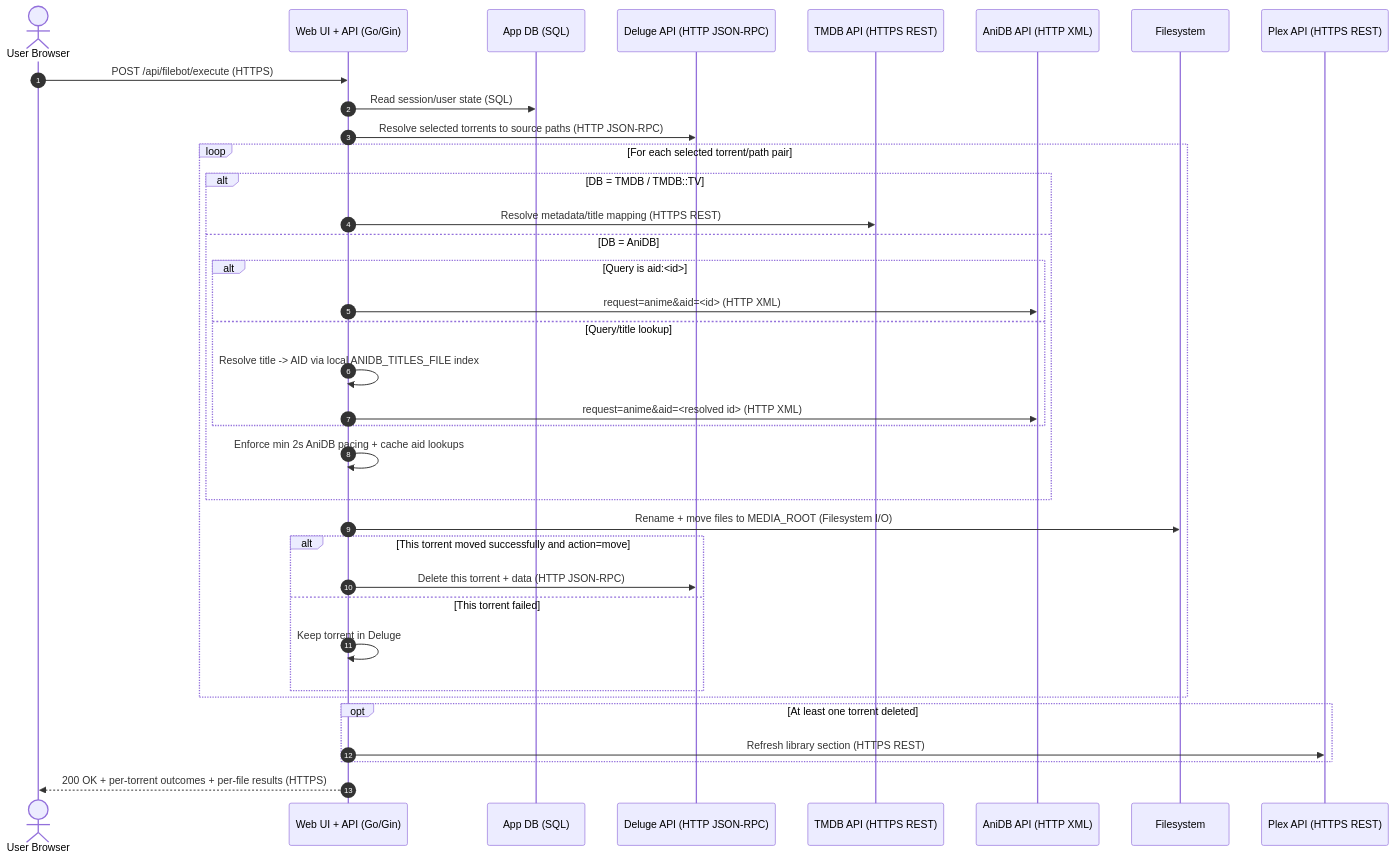
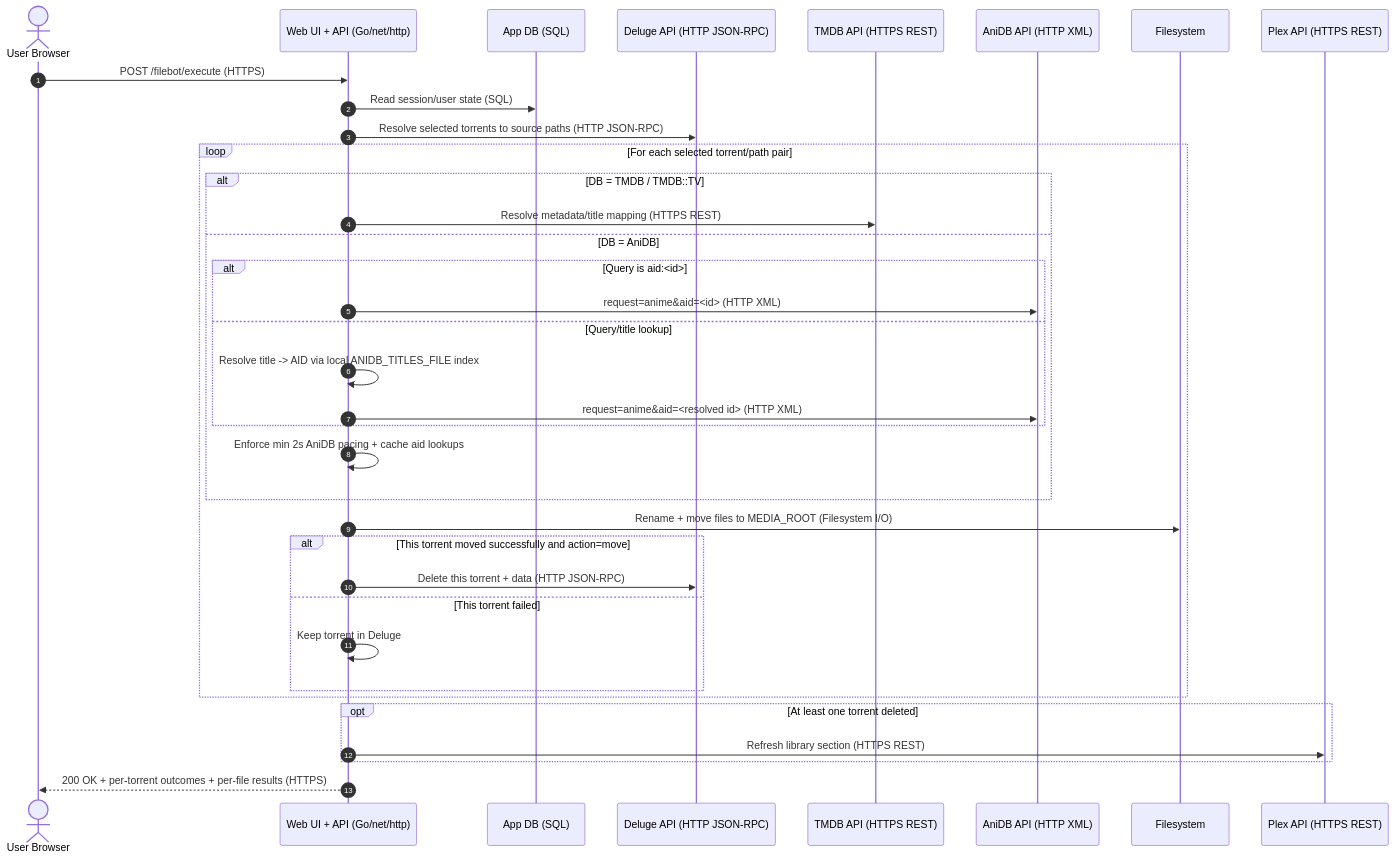
Before and after one commit to darknessnerd/filebot-webui: the second of 3 diagrams in doc/architecture.md, drawn with Mermaid. The commit also changed other lines of this file and 19 other files, not shown here.

````diff
--- a/doc/architecture.md
+++ b/doc/architecture.md
@@ -39,39 +39,39 @@
 ```mermaid
 sequenceDiagram
   autonumber
   actor User as User Browser
-  participant API as Web UI + API (Go/Gin)
+  participant API as Web UI + API (Go/net/http)
   participant DB as App DB (SQL)
   participant Deluge as Deluge API (HTTP JSON-RPC)
   participant TMDB as TMDB API (HTTPS REST)
   participant AniDB as AniDB API (HTTP XML)
   participant FS as Filesystem
   participant Plex as Plex API (HTTPS REST)
 
-  User->>API: POST /api/filebot/execute (HTTPS)
+  User->>API: POST /filebot/execute (HTTPS)
   API->>DB: Read session/user state (SQL)
   API->>Deluge: Resolve selected torrents to source paths (HTTP JSON-RPC)
   loop For each selected torrent/path pair
     alt DB = TMDB / TMDB::TV
       API->>TMDB: Resolve metadata/title mapping (HTTPS REST)
     else DB = AniDB
       alt Query is aid:<id>
         API->>AniDB: request=anime&aid=<id> (HTTP XML)
       else Query/title lookup
         API->>API: Resolve title -> AID via local ANIDB_TITLES_FILE index
         API->>AniDB: request=anime&aid=<resolved id> (HTTP XML)
       end
       API->>API: Enforce min 2s AniDB pacing + cache aid lookups
     end
     API->>FS: Rename + move files to MEDIA_ROOT (Filesystem I/O)
     alt This torrent moved successfully and action=move
       API->>Deluge: Delete this torrent + data (HTTP JSON-RPC)
     else This torrent failed
       API->>API: Keep torrent in Deluge
     end
   end
   opt At least one torrent deleted
     API->>Plex: Refresh library section (HTTPS REST)
   end
   API-->>User: 200 OK + per-torrent outcomes + per-file results (HTTPS)
 ```
````
